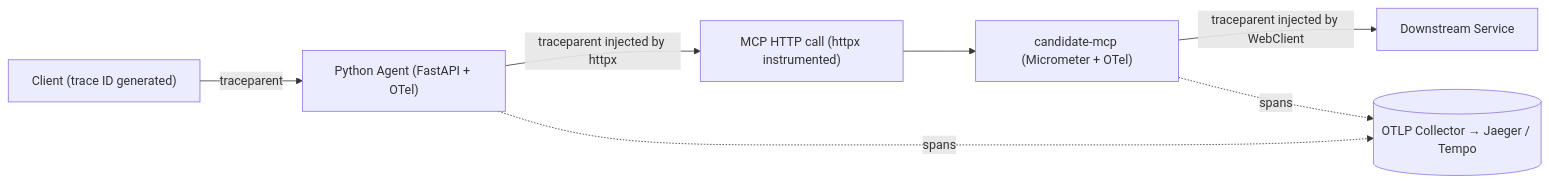
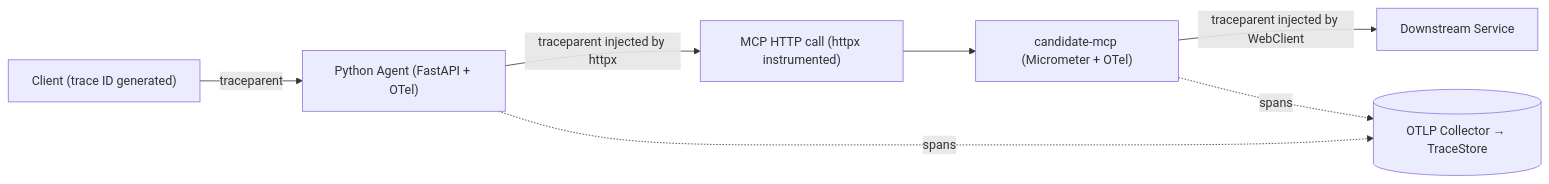
Before and after one commit to venkat-raman17/candidate-agent: diagram 26 of 32 in LLD_POST_APPLY_ASSISTANT.md, drawn with Mermaid. The commit also changed other lines of this file, not shown here.

````diff
--- a/LLD_POST_APPLY_ASSISTANT.md
+++ b/LLD_POST_APPLY_ASSISTANT.md
@@ -1885,16 +1544,16 @@
 ```mermaid
 flowchart LR
     CL["Client (trace ID generated)"]
     PY["Python Agent (FastAPI + OTel)"]
     MC["MCP HTTP call (httpx instrumented)"]
     JV["candidate-mcp (Micrometer + OTel)"]
     DS["Downstream Service"]
-    COLL[("OTLP Collector → Jaeger / Tempo")]
+    COLL[("OTLP Collector → TraceStore")]
 
     CL -->|"traceparent"| PY
     PY -->|"traceparent injected by httpx"| MC
     MC --> JV
     JV -->|"traceparent injected by WebClient"| DS
     PY -.->|"spans"| COLL
     JV -.->|"spans"| COLL
 ```
````
